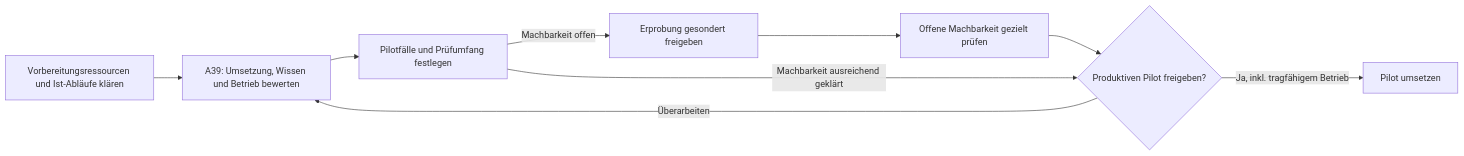
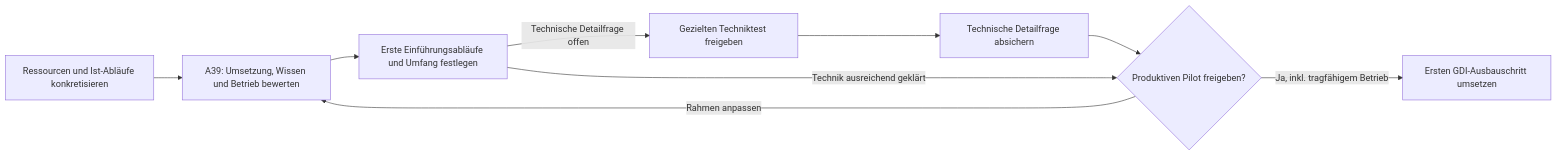
One commit to JoergHippe/VIC-GDI changed the diagram in docs/07_ROADMAP.md. Above: the diagram before and after it, drawn with Mermaid. The commit also changed other lines of this file and 8 other files, not shown here.

````diff
--- a/docs/07_ROADMAP.md
+++ b/docs/07_ROADMAP.md
@@ -13,16 +13,16 @@
 ```mermaid
 flowchart LR
-  Prepare["Vorbereitungsressourcen und Ist-Abläufe klären"]
+  Prepare["Ressourcen und Ist-Abläufe konkretisieren"]
   Model["A39: Umsetzung, Wissen und Betrieb bewerten"]
-  Select["Pilotfälle und Prüfumfang festlegen"]
-  Release["Erprobung gesondert freigeben"]
-  Test["Offene Machbarkeit gezielt prüfen"]
+  Select["Erste Einführungsabläufe und Umfang festlegen"]
+  Release["Gezielten Techniktest freigeben"]
+  Test["Technische Detailfrage absichern"]
   Decide{"Produktiven Pilot freigeben?"}
-  Use["Pilot umsetzen"]
+  Use["Ersten GDI-Ausbauschritt umsetzen"]
   Prepare --> Model --> Select
-  Select -->|Machbarkeit offen| Release
+  Select -->|Technische Detailfrage offen| Release
   Release --> Test --> Decide
-  Select -->|Machbarkeit ausreichend geklärt| Decide
+  Select -->|Technik ausreichend geklärt| Decide
   Decide -->|Ja, inkl. tragfähigem Betrieb| Use
-  Decide -->|Überarbeiten| Model
+  Decide -->|Rahmen anpassen| Model
 ```
````
